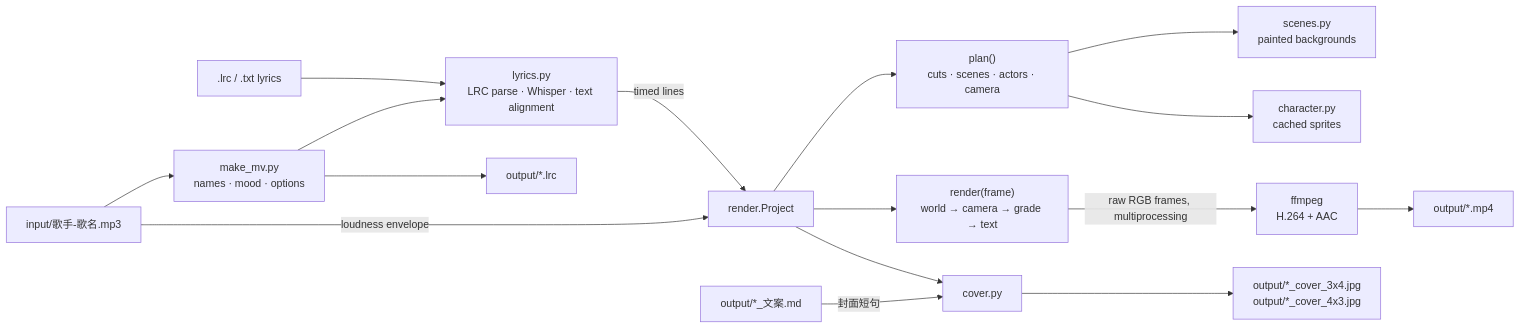
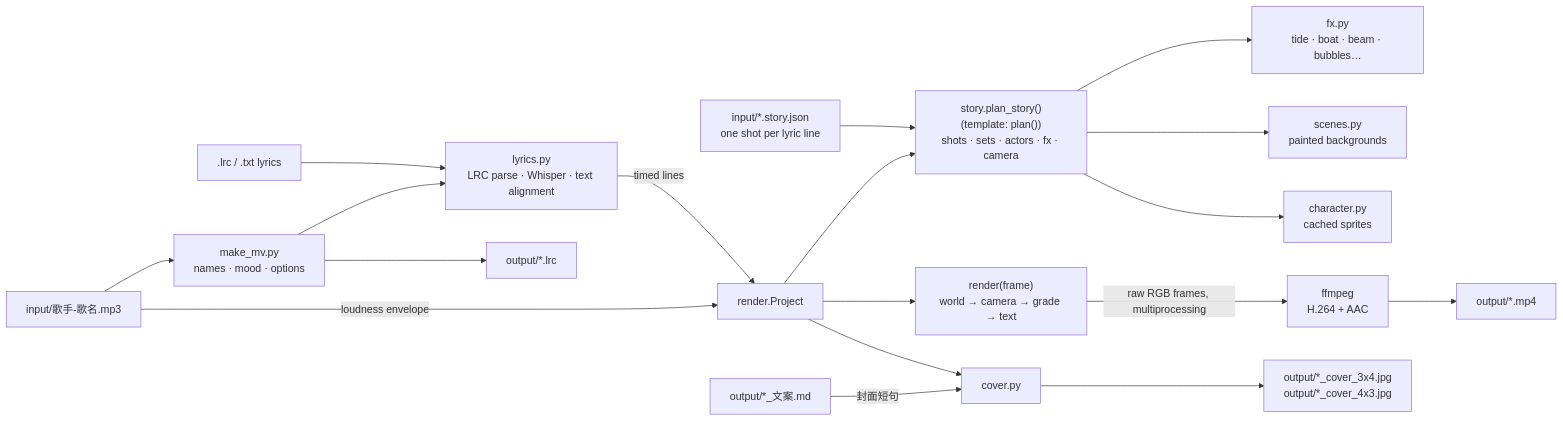
Before and after one commit to masskx/majiaozhu: the diagram in README.md, drawn with Mermaid. The commit also changed other lines of this file and 17 other files, not shown here.

First line of the commit message:
Storyboard mode: lyric-matched shots drawn in code; 伤心太平洋 MV

````diff
--- a/README.md
+++ b/README.md
@@ -148,17 +153,19 @@
 ```mermaid
 flowchart LR
     MP3[input/歌手-歌名.mp3] --> CLI[make_mv.py<br/>names · mood · options]
     LYR[.lrc / .txt lyrics] --> L
     CLI --> L[lyrics.py<br/>LRC parse · Whisper · text alignment]
     L -->|timed lines| P[render.Project]
     MP3 -->|loudness envelope| P
-    P --> PLAN["plan()<br/>cuts · scenes · actors · camera"]
+    STORY[input/*.story.json<br/>one shot per lyric line] --> PLAN
+    P --> PLAN["story.plan_story()<br/>(template: plan())<br/>shots · sets · actors · fx · camera"]
+    PLAN --> FX[fx.py<br/>tide · boat · beam · bubbles…]
     PLAN --> SC[scenes.py<br/>painted backgrounds]
     PLAN --> CH[character.py<br/>cached sprites]
     P --> FR["render(frame)<br/>world → camera → grade → text"]
     FR -->|raw RGB frames, multiprocessing| FF[ffmpeg<br/>H.264 + AAC]
     FF --> MP4[output/*.mp4]
     P --> CV[cover.py] --> JPG[output/*_cover_3x4.jpg<br/>output/*_cover_4x3.jpg]
     CLI --> LRC[output/*.lrc]
     CP[output/*_文案.md] -->|封面短句| CV
 ```
````
